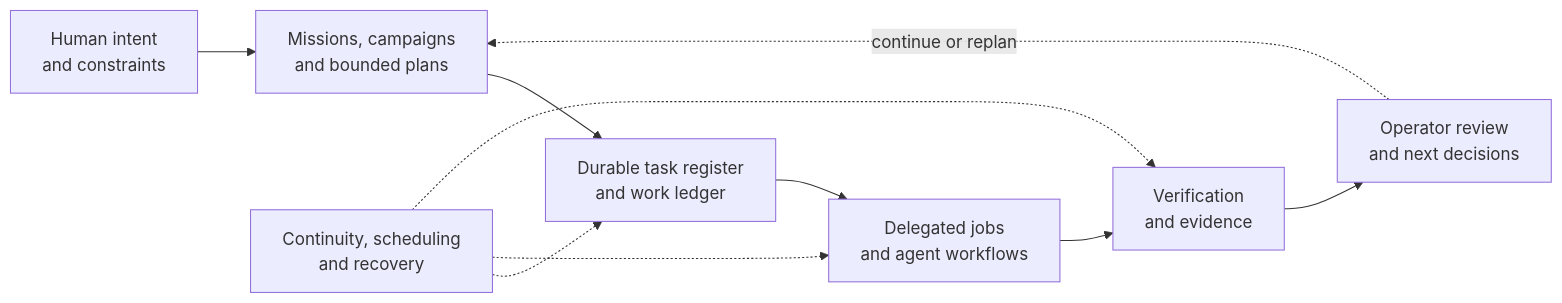
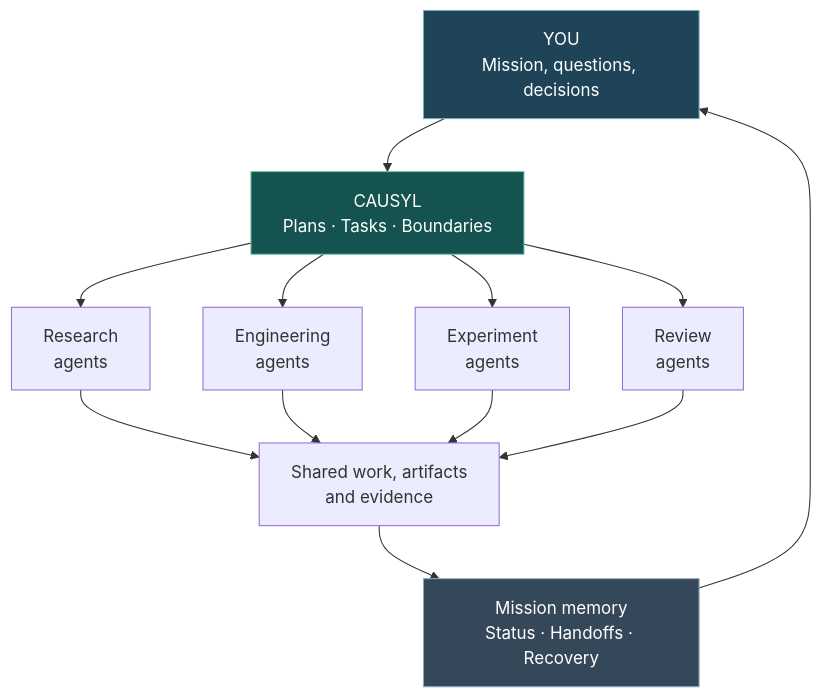
The diagram in README.md (jedufa/causyl), drawn with Mermaid before and after one commit. The commit also changed other lines of this file and 2 other files, not shown here.

First line of the commit message:
docs: frame Causyl as an operator-directed agent laboratory

````diff
--- a/README.md
+++ b/README.md
@@ -37,12 +69,19 @@
 ```mermaid
-flowchart LR
-    H["Human intent<br/>and constraints"] --> P["Missions, campaigns<br/>and bounded plans"]
-    P --> T["Durable task register<br/>and work ledger"]
-    T --> X["Delegated jobs<br/>and agent workflows"]
-    X --> V["Verification<br/>and evidence"]
-    V --> R["Operator review<br/>and next decisions"]
-    R -. "continue or replan" .-> P
-    C["Continuity, scheduling<br/>and recovery"] -.-> T
-    C -.-> X
-    C -.-> V
+flowchart TB
+    H["YOU<br/>Mission, questions, decisions"]
+    P["CAUSYL<br/>Plans · Tasks · Boundaries"]
+    H --> P
+    P --> R["Research<br/>agents"]
+    P --> E["Engineering<br/>agents"]
+    P --> X["Experiment<br/>agents"]
+    P --> Q["Review<br/>agents"]
+    R --> A["Shared work, artifacts<br/>and evidence"]
+    E --> A
+    X --> A
+    Q --> A
+    A --> M["Mission memory<br/>Status · Handoffs · Recovery"]
+    M --> H
+    style H fill:#204457,color:#fff,stroke:#7baebc
+    style P fill:#14534f,color:#fff,stroke:#70c5b4
+    style M fill:#35485a,color:#fff,stroke:#93a9c1
 ```
````
